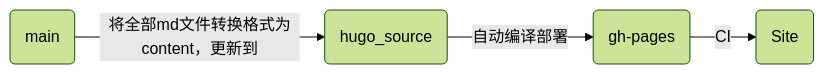
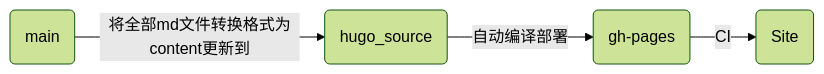
Before and after one commit to SWHL/CV-Competition-Collections: the diagram in README.md, drawn with Mermaid (forest theme).

````diff
--- a/README.md
+++ b/README.md
@@ -26,4 +26,4 @@
     ```mermaid
     flowchart LR
-        A(main) --将全部md文件转换格式为content，更新到--> B(hugo_source) --自动编译部署--> C(gh-pages) --CI--> D(Site)
+        A(main) --将全部md文件转换格式为content更新到--> B(hugo_source) --自动编译部署--> C(gh-pages) --CI--> D(Site)
     ```
````
